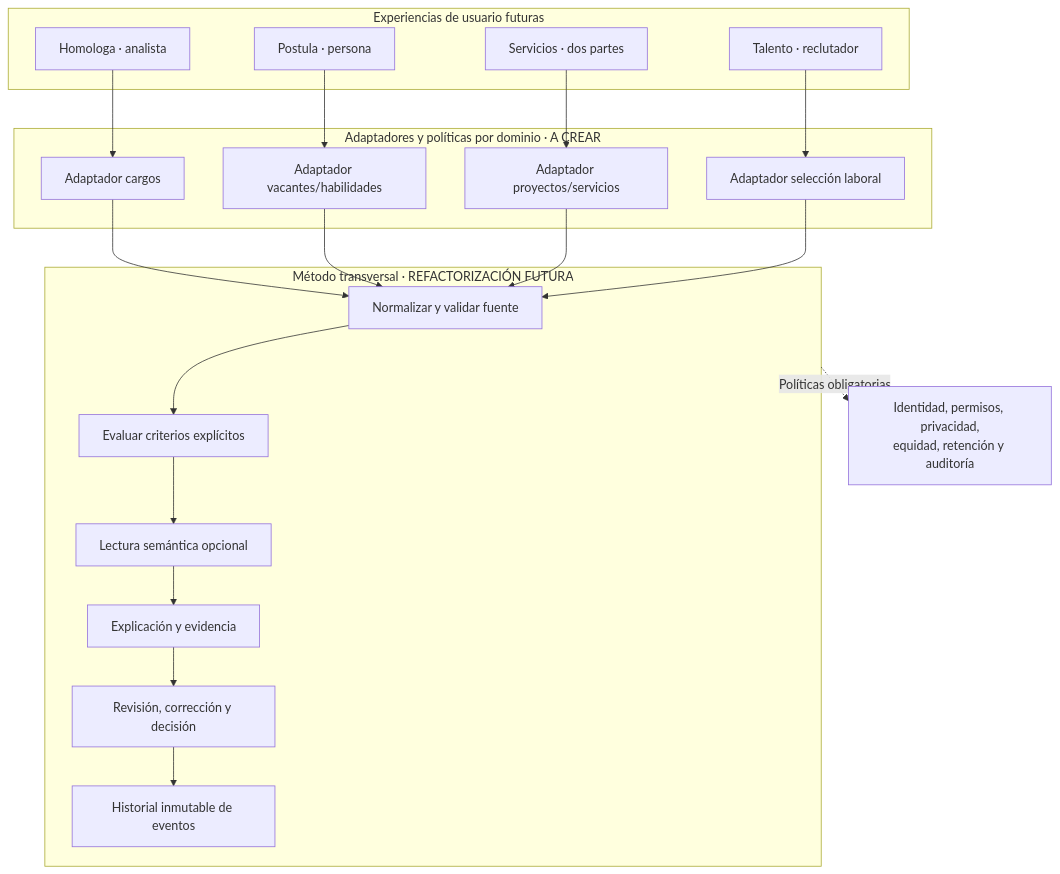
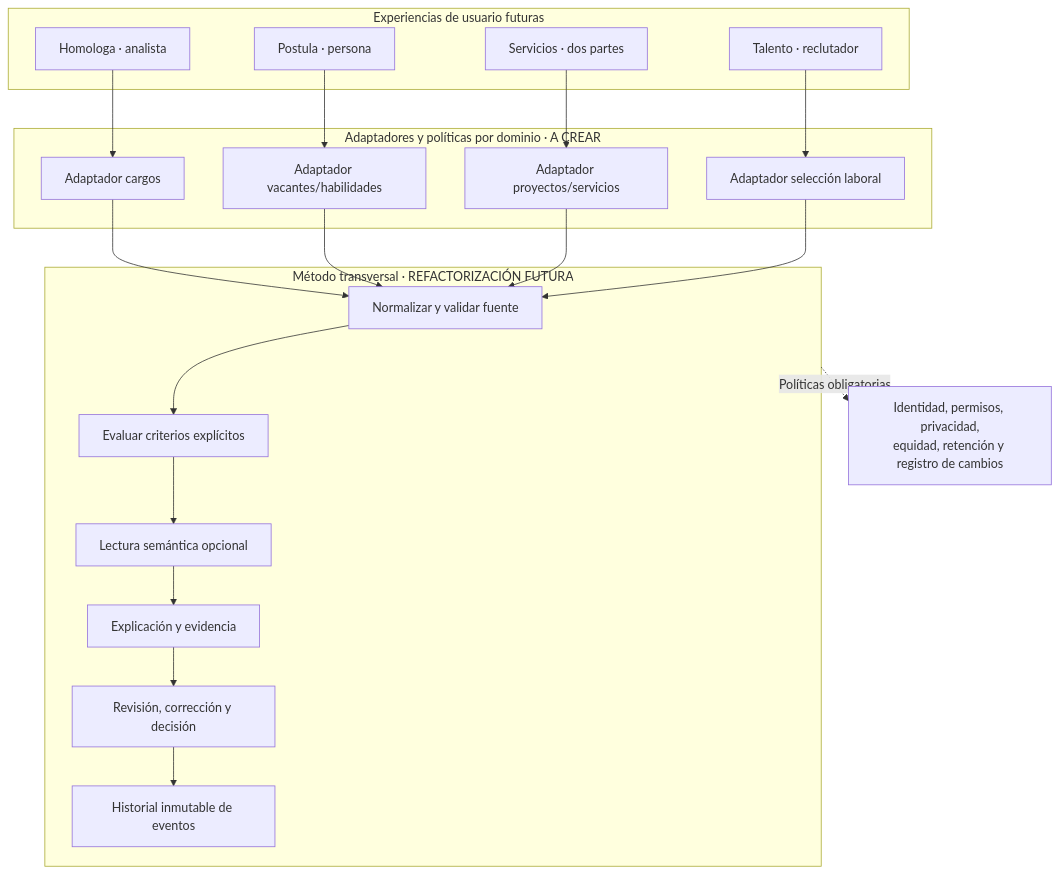
The diagram in docs/tecnica/08-arquitectura-de-expansion.md (NicoCG32/Espejo-Homologa), drawn with Mermaid before and after one commit. The commit also changed other lines of this file and 19 other files, not shown here.

````diff
--- a/docs/tecnica/08-arquitectura-de-expansion.md
+++ b/docs/tecnica/08-arquitectura-de-expansion.md
@@ -32,29 +32,29 @@
 ```mermaid
 flowchart TB
     subgraph INTERFACES["Experiencias de usuario futuras"]
        H["Homologa · analista"]
        P["Postula · persona"]
        F["Servicios · dos partes"]
        R["Talento · reclutador"]
     end
     subgraph VERTICALES["Adaptadores y políticas por dominio · A CREAR"]
        AH["Adaptador cargos"]
        AP["Adaptador vacantes/habilidades"]
        AF["Adaptador proyectos/servicios"]
        AR["Adaptador selección laboral"]
     end
     subgraph CORE["Método transversal · REFACTORIZACIÓN FUTURA"]
        N["Normalizar y validar fuente"]
        RULES["Evaluar criterios explícitos"]
        IA["Lectura semántica opcional"]
        EXPL["Explicación y evidencia"]
        DEC["Revisión, corrección y decisión"]
        AUD["Historial inmutable de eventos"]
        N --> RULES --> IA --> EXPL --> DEC --> AUD
     end
     H --> AH --> N
     P --> AP --> N
     F --> AF --> N
     R --> AR --> N
-    CORE -. "Políticas obligatorias" .-> SEC["Identidad, permisos, privacidad,<br/>equidad, retención y auditoría"]
+    CORE -. "Políticas obligatorias" .-> SEC["Identidad, permisos, privacidad,<br/>equidad, retención y registro de cambios"]
 ```
````
